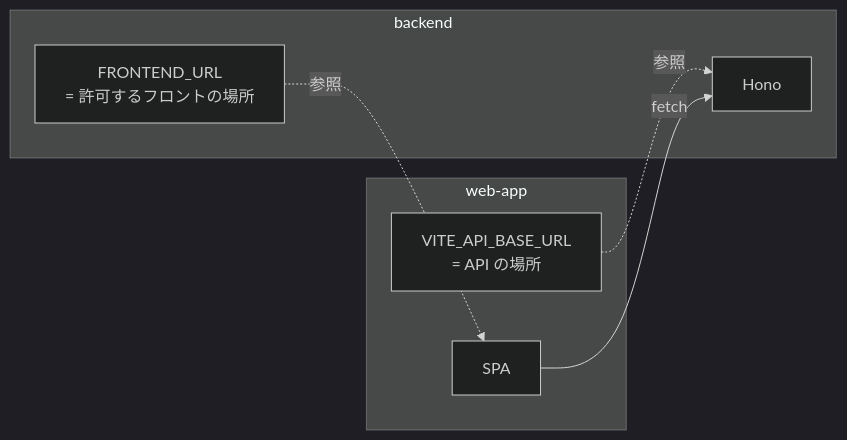
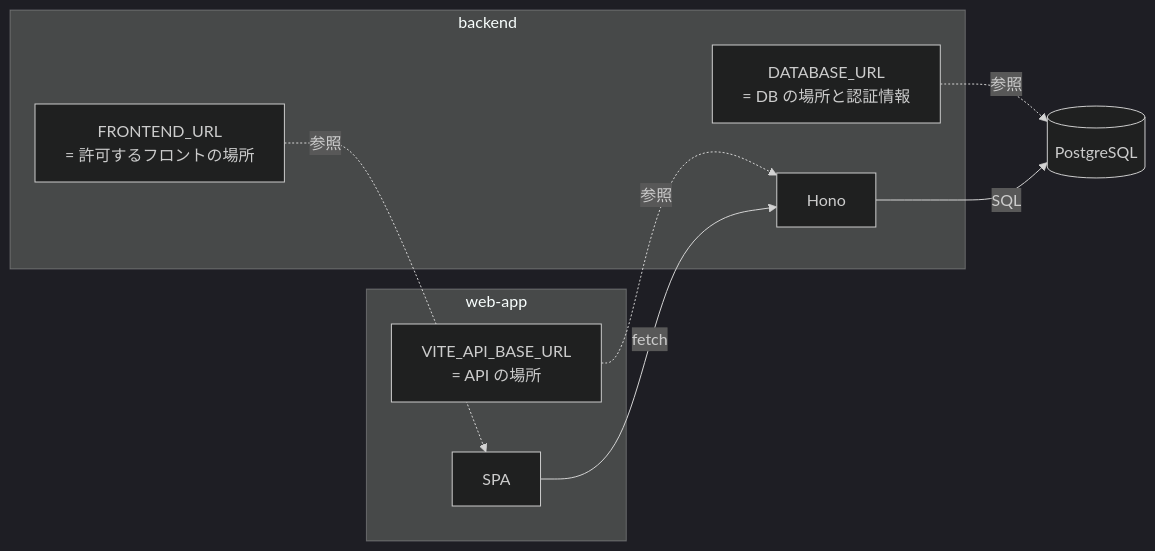
The diagram in study/Architecture/13-configuration-externalization.md (kota-shiratori/kakeibo-app), drawn with Mermaid (dark theme) before and after one commit. The commit also changed other lines of this file and 123 other files, not shown here.

First line of the commit message:
study: Docker / SQL / PostgreSQL / Database のノートを追加し、既存ノートを現行コードに合わせて更新

````diff
--- a/study/Architecture/13-configuration-externalization.md
+++ b/study/Architecture/13-configuration-externalization.md
@@ -20,14 +23,18 @@
 ```mermaid
 flowchart LR
   subgraph web-app
     FE["SPA"]
     E1["VITE_API_BASE_URL<br/>= API の場所"]
   end
   subgraph backend
     BE["Hono"]
     E2["FRONTEND_URL<br/>= 許可するフロントの場所"]
+    E3["DATABASE_URL<br/>= DB の場所と認証情報"]
   end
+  DB[("PostgreSQL")]
   E1 -. 参照 .-> BE
   E2 -. 参照 .-> FE
+  E3 -. 参照 .-> DB
   FE -- fetch --> BE
+  BE -- SQL --> DB
 ```
````
